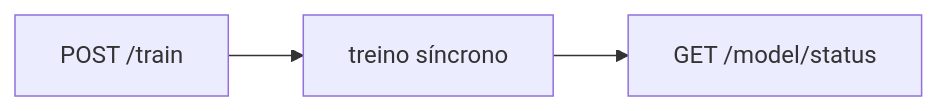
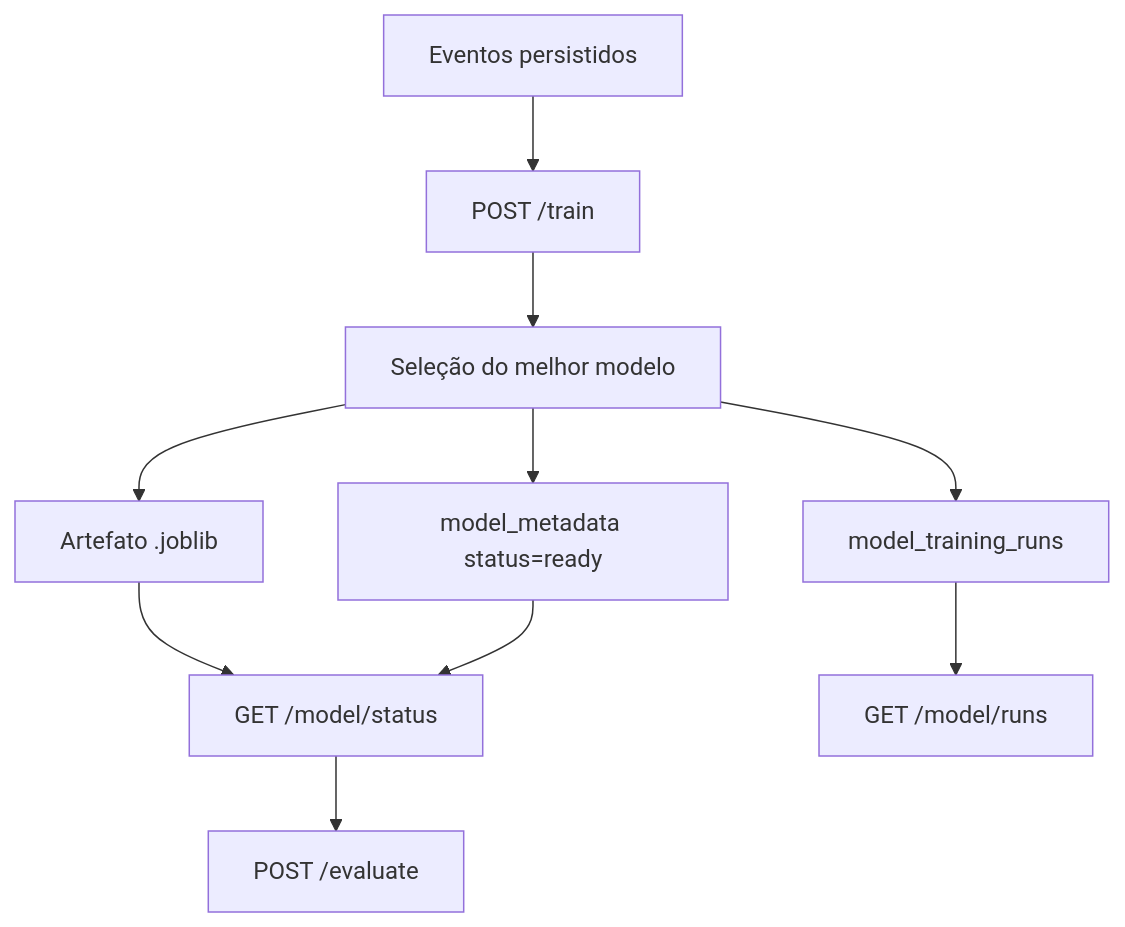
The diagram in docs/api/training-and-model-status.md (MariaCarolinass/adaptive-feature-flags), drawn with Mermaid before and after one commit. The commit also changed other lines of this file, not shown here.

Commit message:
Enhance training and model status documentation with additional details on event reading and UI catalog; update example responses and flowchart for clarity.

````diff
--- a/docs/api/training-and-model-status.md
+++ b/docs/api/training-and-model-status.md
@@ -83,5 +107,12 @@
 ```mermaid
-flowchart LR
-    A[POST /train] --> B[treino síncrono]
-    B --> C[GET /model/status]
+flowchart TD
+    A[Eventos persistidos] --> B[POST /train]
+    B --> C[Seleção do melhor modelo]
+    C --> D[Artefato .joblib]
+    C --> E[model_metadata status=ready]
+    C --> F[model_training_runs]
+    D --> G[GET /model/status]
+    E --> G
+    F --> H[GET /model/runs]
+    G --> I[POST /evaluate]
 ```
````
